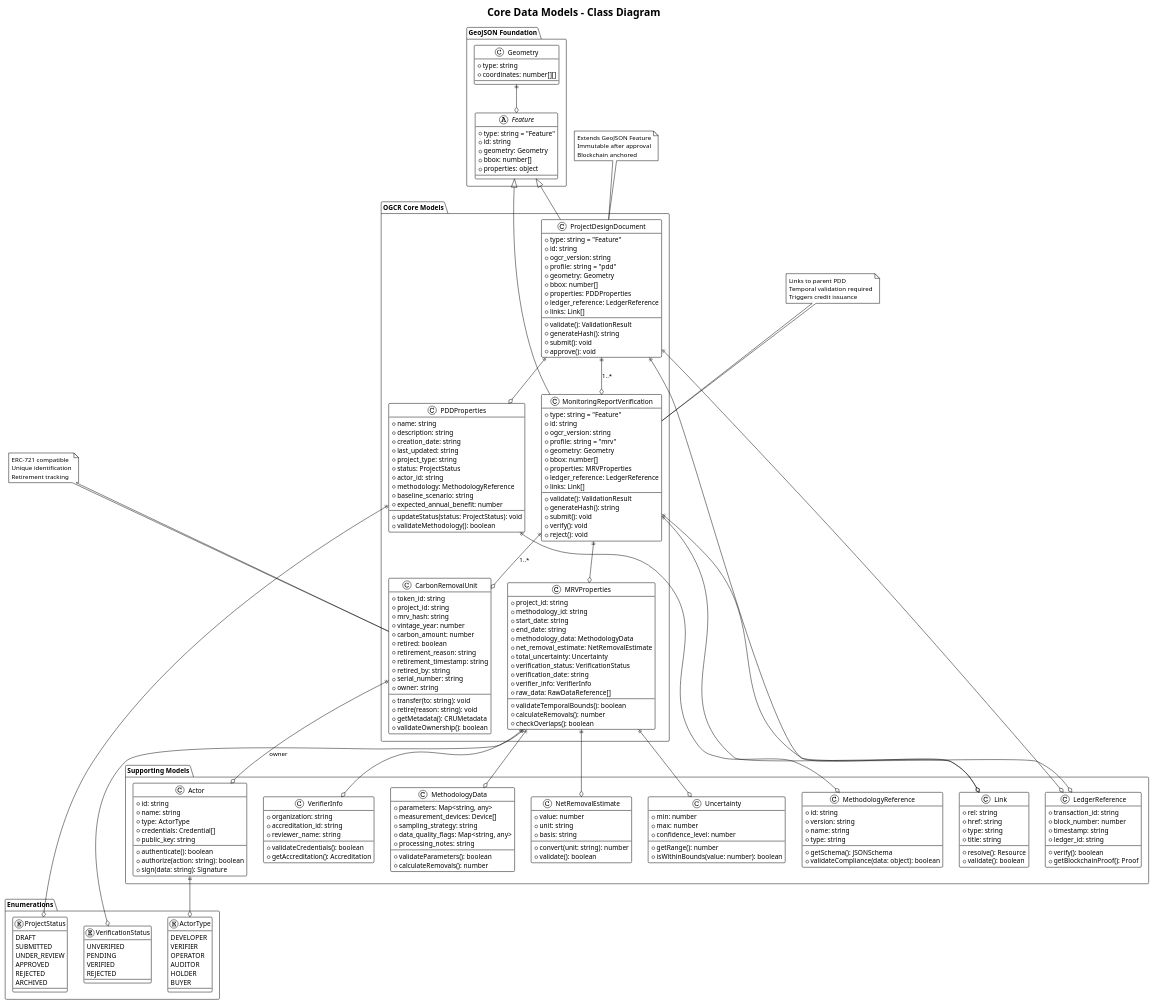
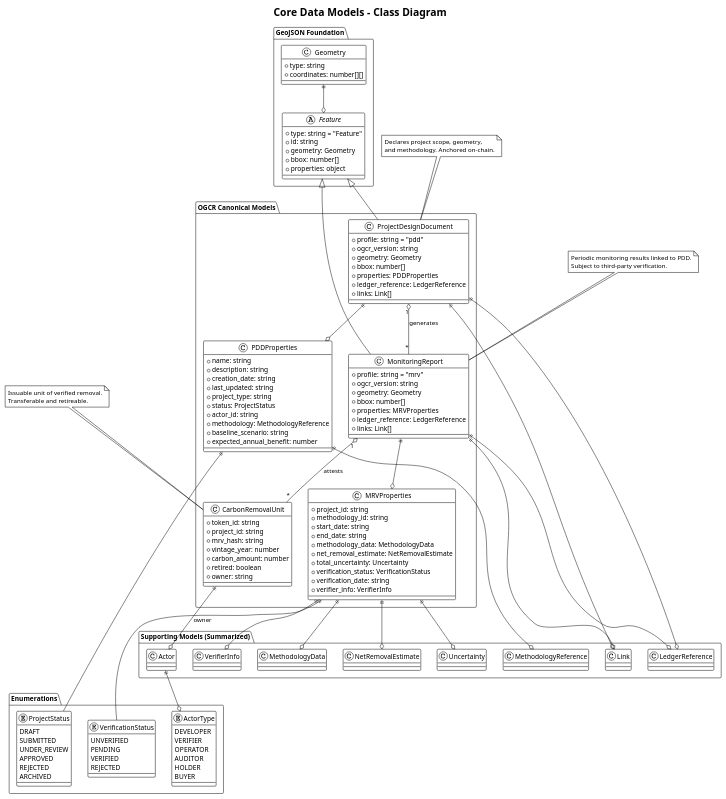
Before and after one commit to rolfsimoes/ogcr: the diagram in diagrams/core-data-models-class.puml, drawn with PlantUML. The commit also changed 6 other files, not shown here.

Commit message:
update diagrams and introducation

```diff
--- a/diagrams/core-data-models-class.puml
+++ b/diagrams/core-data-models-class.puml
@@ -10,31 +10,24 @@
         +bbox: number[]
         +properties: object
     }
-    
+
     class Geometry {
         +type: string
         +coordinates: number[][]
     }
 }
 
-package "OGCR Core Models" {
+package "OGCR Canonical Models" {
     class ProjectDesignDocument {
-        +type: string = "Feature"
-        +id: string
+        +profile: string = "pdd"
         +ogcr_version: string
-        +profile: string = "pdd"
         +geometry: Geometry
         +bbox: number[]
         +properties: PDDProperties
         +ledger_reference: LedgerReference
         +links: Link[]
-        --
-        +validate(): ValidationResult
-        +generateHash(): string
-        +submit(): void
-        +approve(): void
     }
-    
+
     class PDDProperties {
         +name: string
         +description: string
@@ -46,29 +39,18 @@
         +methodology: MethodologyReference
         +baseline_scenario: string
         +expected_annual_benefit: number
-        --
-        +updateStatus(status: ProjectStatus): void
-        +validateMethodology(): boolean
     }
-    
-    class MonitoringReportVerification {
-        +type: string = "Feature"
-        +id: string
+
+    class MonitoringReport {
+        +profile: string = "mrv"
         +ogcr_version: string
-        +profile: string = "mrv"
         +geometry: Geometry
         +bbox: number[]
         +properties: MRVProperties
         +ledger_reference: LedgerReference
         +links: Link[]
-        --
-        +validate(): ValidationResult
-        +generateHash(): string
-        +submit(): void
-        +verify(): void
-        +reject(): void
     }
-    
+
     class MRVProperties {
         +project_id: string
         +methodology_id: string
@@ -80,13 +62,8 @@
         +verification_status: VerificationStatus
         +verification_date: string
         +verifier_info: VerifierInfo
-        +raw_data: RawDataReference[]
-        --
-        +validateTemporalBounds(): boolean
-        +calculateRemovals(): number
-        +checkOverlaps(): boolean
     }
-    
+
     class CarbonRemovalUnit {
         +token_id: string
         +project_id: string
@@ -94,99 +71,19 @@
         +vintage_year: number
         +carbon_amount: number
         +retired: boolean
-        +retirement_reason: string
-        +retirement_timestamp: string
-        +retired_by: string
-        +serial_number: string
         +owner: string
-        --
-        +transfer(to: string): void
-        +retire(reason: string): void
-        +getMetadata(): CRUMetadata
-        +validateOwnership(): boolean
     }
 }
 
-package "Supporting Models" {
-    class LedgerReference {
-        +transaction_id: string
-        +block_number: number
-        +timestamp: string
-        +ledger_id: string
-        --
-        +verify(): boolean
-        +getBlockchainProof(): Proof
-    }
-    
-    class Link {
-        +rel: string
-        +href: string
-        +type: string
-        +title: string
-        --
-        +resolve(): Resource
-        +validate(): boolean
-    }
-    
-    class MethodologyReference {
-        +id: string
-        +version: string
-        +name: string
-        +type: string
-        --
-        +getSchema(): JSONSchema
-        +validateCompliance(data: object): boolean
-    }
-    
-    class MethodologyData {
-        +parameters: Map<string, any>
-        +measurement_devices: Device[]
-        +sampling_strategy: string
-        +data_quality_flags: Map<string, any>
-        +processing_notes: string
-        --
-        +validateParameters(): boolean
-        +calculateRemovals(): number
-    }
-    
-    class NetRemovalEstimate {
-        +value: number
-        +unit: string
-        +basis: string
-        --
-        +convert(unit: string): number
-        +validate(): boolean
-    }
-    
-    class Uncertainty {
-        +min: number
-        +max: number
-        +confidence_level: number
-        --
-        +getRange(): number
-        +isWithinBounds(value: number): boolean
-    }
-    
-    class VerifierInfo {
-        +organization: string
-        +accreditation_id: string
-        +reviewer_name: string
-        --
-        +validateCredentials(): boolean
-        +getAccreditation(): Accreditation
-    }
-    
-    class Actor {
-        +id: string
-        +name: string
-        +type: ActorType
-        +credentials: Credential[]
-        +public_key: string
-        --
-        +authenticate(): boolean
-        +authorize(action: string): boolean
-        +sign(data: string): Signature
-    }
+package "Supporting Models (Summarized)" {
+    class LedgerReference
+    class Link
+    class MethodologyReference
+    class MethodologyData
+    class NetRemovalEstimate
+    class Uncertainty
+    class VerifierInfo
+    class Actor
 }
 
 package "Enumerations" {
@@ -198,14 +95,14 @@
         REJECTED
         ARCHIVED
     }
-    
+
     enum VerificationStatus {
         UNVERIFIED
         PENDING
         VERIFIED
         REJECTED
     }
-    
+
     enum ActorType {
         DEVELOPER
         VERIFIER
@@ -218,49 +115,46 @@
 
 ' Relationships
 Feature <|-- ProjectDesignDocument
-Feature <|-- MonitoringReportVerification
+Feature <|-- MonitoringReport
 Geometry ||--o Feature
 
 ProjectDesignDocument ||--o PDDProperties
 ProjectDesignDocument ||--o LedgerReference
 ProjectDesignDocument ||--o Link
 
-MonitoringReportVerification ||--o MRVProperties
-MonitoringReportVerification ||--o LedgerReference
-MonitoringReportVerification ||--o Link
+MonitoringReport ||--o MRVProperties
+MonitoringReport ||--o LedgerReference
+MonitoringReport ||--o Link
 
 PDDProperties ||--o MethodologyReference
-PDDProperties ||--o ProjectStatus
+PDDProperties ||-- ProjectStatus
 
 MRVProperties ||--o MethodologyData
 MRVProperties ||--o NetRemovalEstimate
 MRVProperties ||--o Uncertainty
 MRVProperties ||--o VerifierInfo
-MRVProperties ||--o VerificationStatus
+MRVProperties ||-- VerificationStatus
 
 CarbonRemovalUnit ||--o Actor : owner
 
-ProjectDesignDocument ||--o MonitoringReportVerification : "1..*"
-MonitoringReportVerification ||--o CarbonRemovalUnit : "1..*"
+ProjectDesignDocument "1" o-- "*" MonitoringReport : generates
+MonitoringReport "1" o-- "*" CarbonRemovalUnit : attests
 
 Actor ||--o ActorType
 
 note top of ProjectDesignDocument
-  Extends GeoJSON Feature
-  Immutable after approval
-  Blockchain anchored
+  Declares project scope, geometry,
+  and methodology. Anchored on-chain.
 end note
 
-note top of MonitoringReportVerification
-  Links to parent PDD
-  Temporal validation required
-  Triggers credit issuance
+note top of MonitoringReport
+  Periodic monitoring results linked to PDD.
+  Subject to third-party verification.
 end note
 
 note top of CarbonRemovalUnit
-  ERC-721 compatible
-  Unique identification
-  Retirement tracking
+  Issuable unit of verified removal.
+  Transferable and retireable.
 end note
 
 @enduml
```
